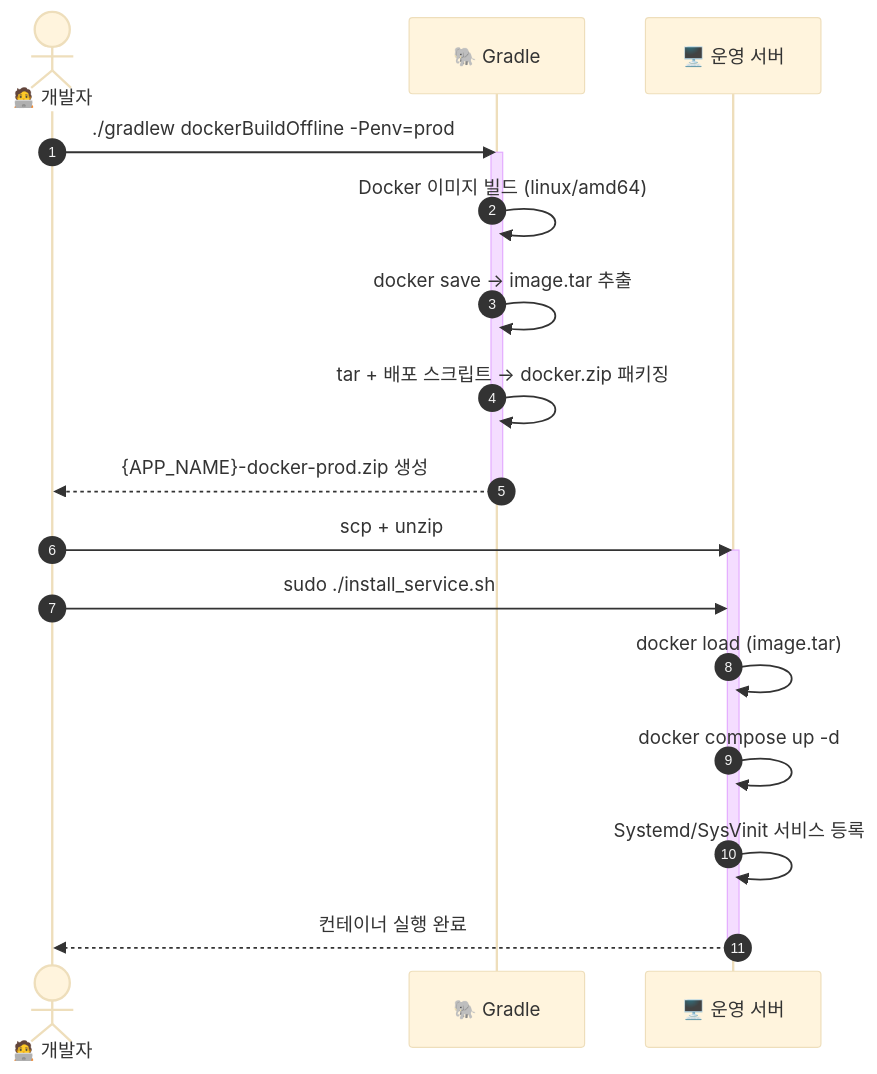
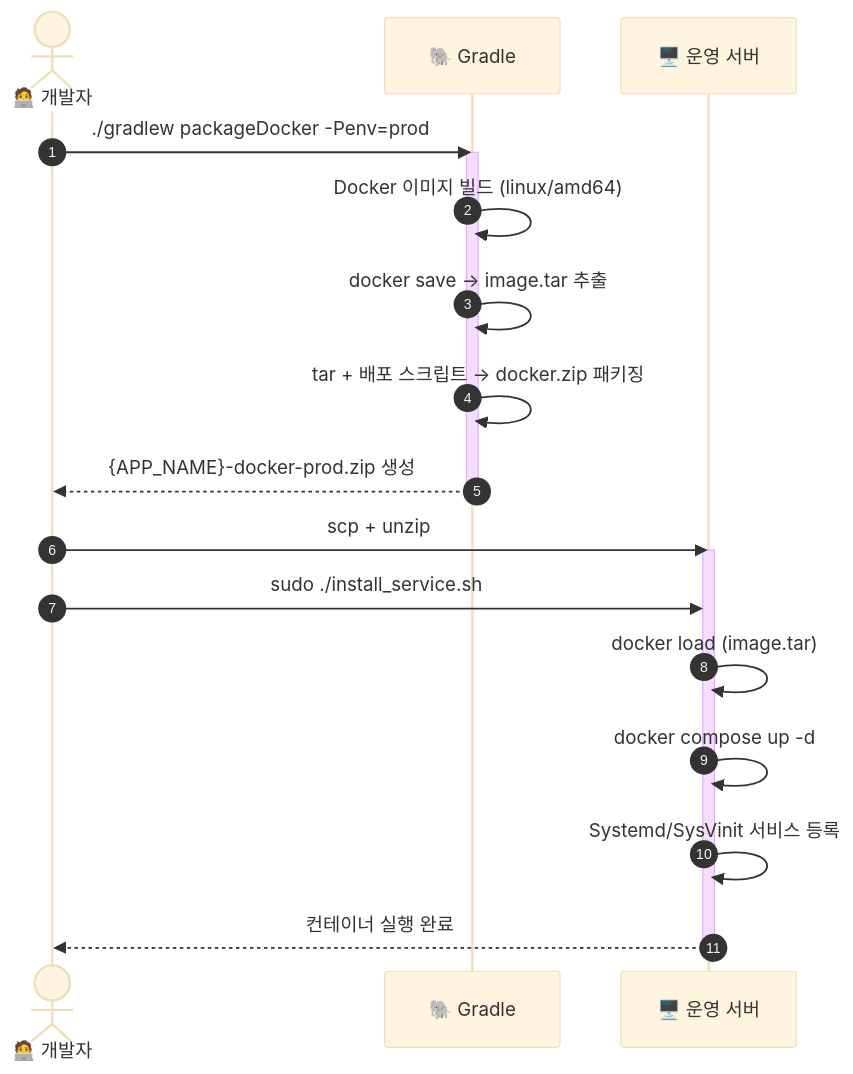
The third of 5 diagrams in README.md (MJ-Youn/build-template), drawn with Mermaid (base theme) before and after one commit. The commit also changed other lines of this file and 2 other files, not shown here.

Commit message:
빌드 환경 수정 - buildDocker 통일

````diff
--- a/README.md
+++ b/README.md
@@ -493,24 +453,24 @@
 ```mermaid
 sequenceDiagram
     autonumber
     actor Dev as 🧑‍💻 개발자
     participant Gradle as 🐘 Gradle
     participant Server as 🖥️ 운영 서버
 
-    Dev->>Gradle: ./gradlew dockerBuildOffline -Penv=prod
+    Dev->>Gradle: ./gradlew packageDocker -Penv=prod
     activate Gradle
     Gradle->>Gradle: Docker 이미지 빌드 (linux/amd64)
     Gradle->>Gradle: docker save → image.tar 추출
     Gradle->>Gradle: tar + 배포 스크립트 → docker.zip 패키징
     Gradle-->>Dev: {APP_NAME}-docker-prod.zip 생성
     deactivate Gradle
 
     Dev->>Server: scp + unzip
     activate Server
     Dev->>Server: sudo ./install_service.sh
     Server->>Server: docker load (image.tar)
     Server->>Server: docker compose up -d
     Server->>Server: Systemd/SysVinit 서비스 등록
     Server-->>Dev: 컨테이너 실행 완료
     deactivate Server
 ```
````
